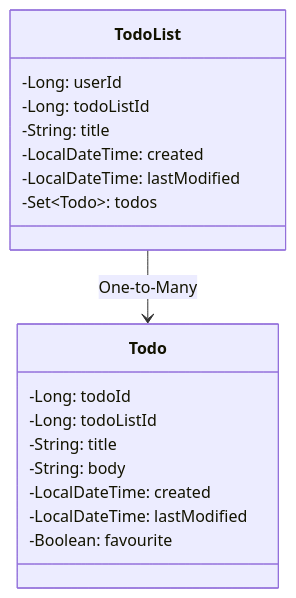
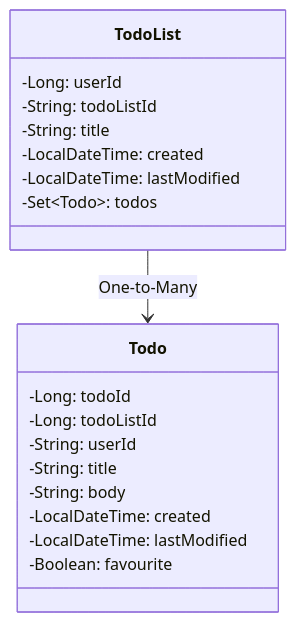
One commit to evans-p/todo-full-stack-app-backend changed the first of 2 diagrams in README.md. Above: the diagram before and after it, drawn with Mermaid. The commit also changed other lines of this file and 10 other files, not shown here.

Commit message:
Added Integration tests for TodoListController

````diff
--- a/README.md
+++ b/README.md
@@ -13,21 +12,22 @@
 ```mermaid
 classDiagram
     class TodoList {
         -Long: userId
-        -Long: todoListId
+        -String: todoListId
         -String: title
         -LocalDateTime: created
         -LocalDateTime: lastModified
         -Set~Todo~: todos
     }
     class Todo {
         -Long: todoId
         -Long: todoListId
+        -String: userId
         -String: title
         -String: body
         -LocalDateTime: created
         -LocalDateTime: lastModified
         -Boolean: favourite
     }
     TodoList --> Todo: One-to-Many
 ```
````
